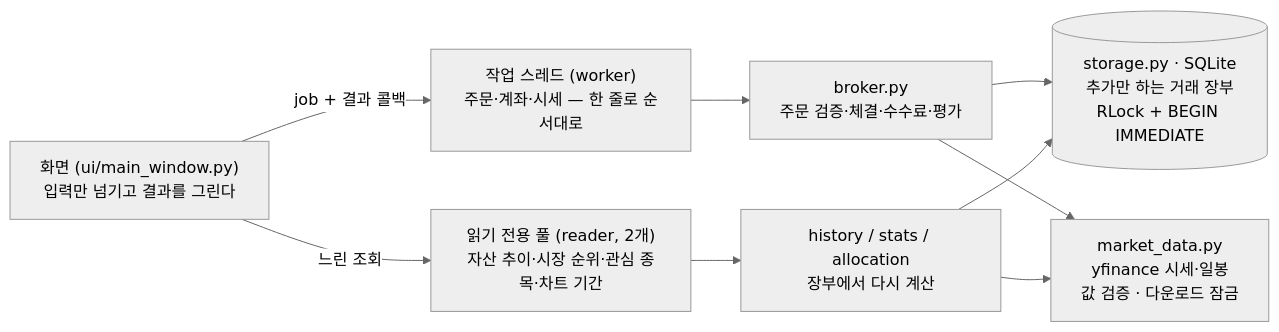
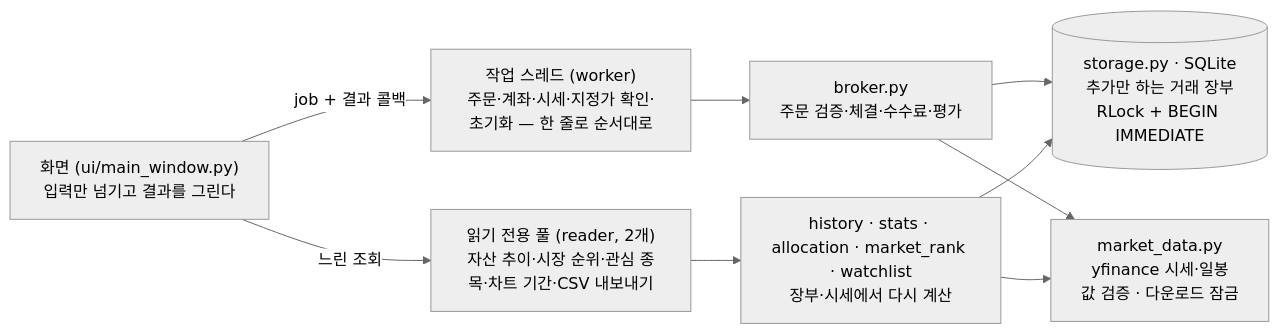
The diagram in README.md (Yongb15/Mock-trading), drawn with Mermaid (neutral theme) before and after one commit. The commit also changed other lines of this file, not shown here.

Commit message:
docs: README 서술을 사실에 맞춤(리뷰 승인은 팀 규칙·CI만 브랜치 보호, 관리자 우회, 로컬 DB 한계, 그림·차트·스레드 설명)

````diff
--- a/README.md
+++ b/README.md
@@ -88,18 +88,18 @@
 ```mermaid
 flowchart LR
     UI["화면 (ui/main_window.py)<br/>입력만 넘기고 결과를 그린다"]
-    W["작업 스레드 (worker)<br/>주문·계좌·시세 — 한 줄로 순서대로"]
-    R["읽기 전용 풀 (reader, 2개)<br/>자산 추이·시장 순위·관심 종목·차트 기간"]
+    W["작업 스레드 (worker)<br/>주문·계좌·시세·지정가 확인·초기화 — 한 줄로 순서대로"]
+    R["읽기 전용 풀 (reader, 2개)<br/>자산 추이·시장 순위·관심 종목·차트 기간·CSV 내보내기"]
     B["broker.py<br/>주문 검증·체결·수수료·평가"]
     S[("storage.py · SQLite<br/>추가만 하는 거래 장부<br/>RLock + BEGIN IMMEDIATE")]
     M["market_data.py<br/>yfinance 시세·일봉<br/>값 검증 · 다운로드 잠금"]
-    H["history / stats / allocation<br/>장부에서 다시 계산"]
+    H["history · stats · allocation · market_rank · watchlist<br/>장부·시세에서 다시 계산"]
     UI -->|"job + 결과 콜백"| W
     UI -->|"느린 조회"| R
     W --> B
     R --> H
     B --> S
     B --> M
     H --> S
     H --> M
 ```
````
